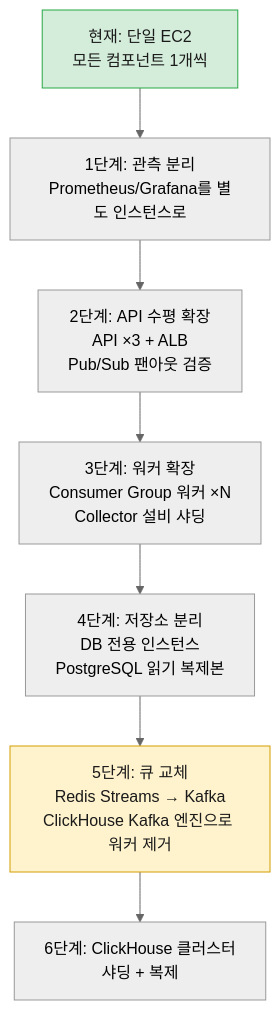
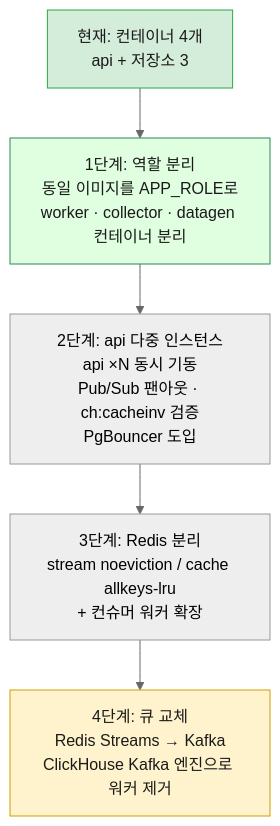
Before and after one commit to jaepil02/db_study: the ninth of 9 diagrams in architecture.md, drawn with Mermaid (neutral theme). The commit also changed other lines of this file and 3 other files, not shown here.

````diff
--- a/architecture.md
+++ b/architecture.md
@@ -1025,15 +1144,14 @@
 ```mermaid
 flowchart TB
-    P1["현재: 단일 EC2<br/>모든 컴포넌트 1개씩"]
-    P2["1단계: 관측 분리<br/>Prometheus/Grafana를 별도 인스턴스로"]
-    P3["2단계: API 수평 확장<br/>API ×3 + ALB<br/>Pub/Sub 팬아웃 검증"]
-    P4["3단계: 워커 확장<br/>Consumer Group 워커 ×N<br/>Collector 설비 샤딩"]
-    P5["4단계: 저장소 분리<br/>DB 전용 인스턴스<br/>PostgreSQL 읽기 복제본"]
-    P6["5단계: 큐 교체<br/>Redis Streams → Kafka<br/>ClickHouse Kafka 엔진으로 워커 제거"]
-    P7["6단계: ClickHouse 클러스터<br/>샤딩 + 복제"]
+    P1["현재: 컨테이너 4개<br/>api + 저장소 3"]
+    P2["1단계: 역할 분리<br/>동일 이미지를 APP_ROLE로<br/>worker · collector · datagen 컨테이너 분리"]
+    P3["2단계: api 다중 인스턴스<br/>api ×N 동시 기동<br/>Pub/Sub 팬아웃 · ch:cacheinv 검증<br/>PgBouncer 도입"]
+    P4["3단계: Redis 분리<br/>stream noeviction / cache allkeys-lru<br/>+ 컨슈머 워커 확장"]
+    P5["4단계: 큐 교체<br/>Redis Streams → Kafka<br/>ClickHouse Kafka 엔진으로 워커 제거"]
 
-    P1 --> P2 --> P3 --> P4 --> P5 --> P6 --> P7
+    P1 --> P2 --> P3 --> P4 --> P5
 
     style P1 fill:#d4edda,stroke:#28a745,color:#1a1a1a
-    style P6 fill:#fff3cd,stroke:#d39e00,color:#1a1a1a
+    style P2 fill:#e0ffe0,stroke:#2f855a,color:#1a1a1a
+    style P5 fill:#fff3cd,stroke:#d39e00,color:#1a1a1a
 ```
````
